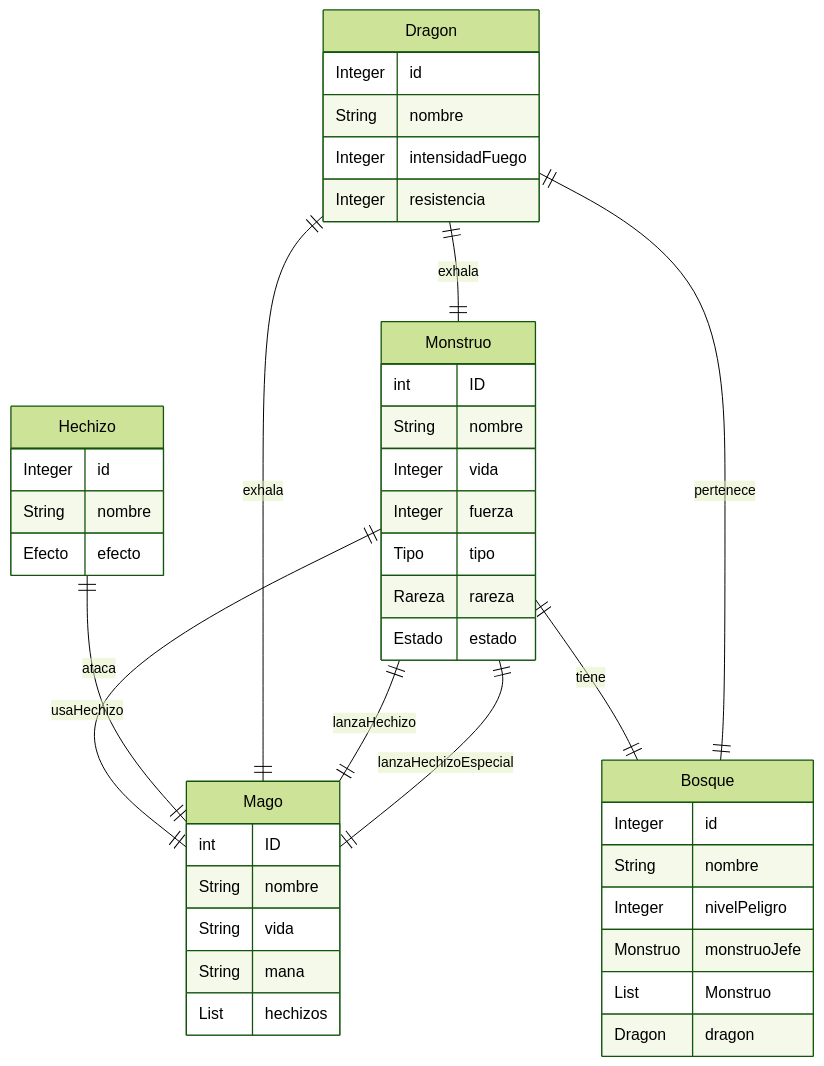
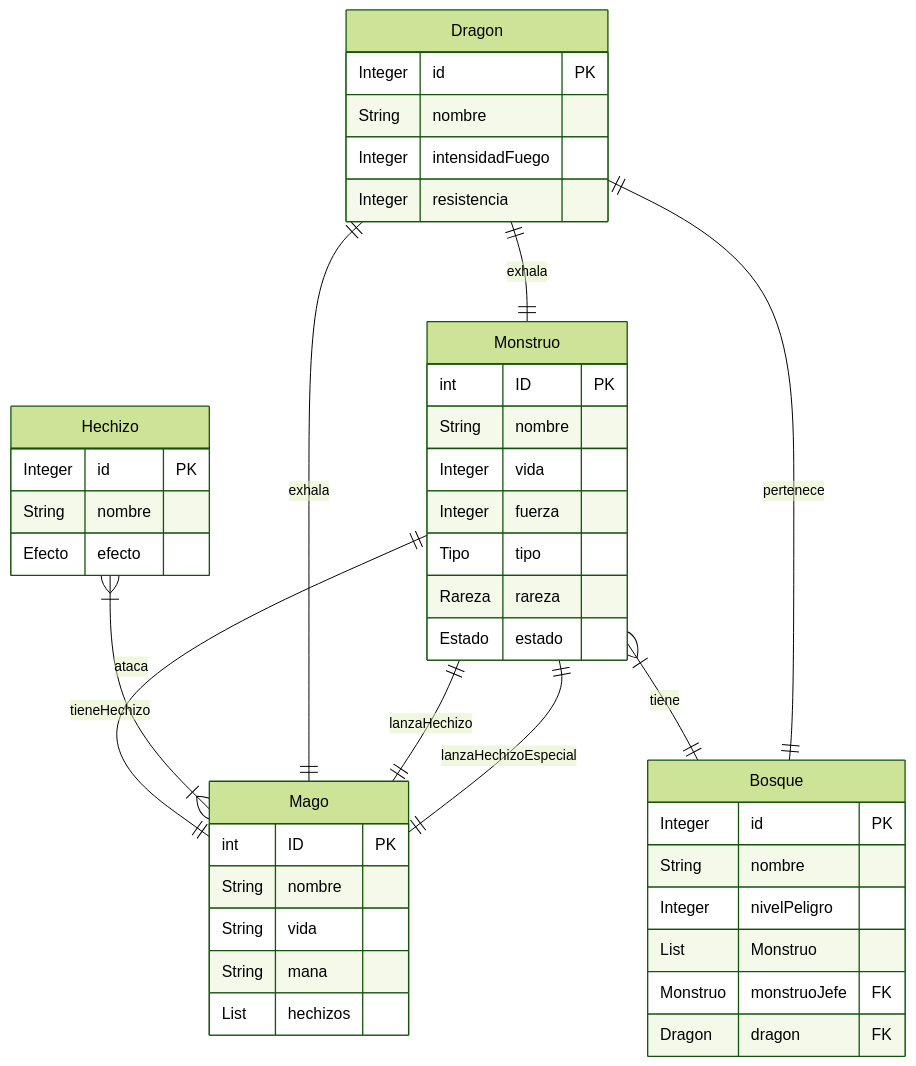
One commit to Manuel-SanClemente/Dragolandia---Extendido changed the second of 2 diagrams in README.md. Above: the diagram before and after it, drawn with Mermaid (forest theme). The commit also changed other lines of this file, not shown here.

````diff
--- a/README.md
+++ b/README.md
@@ -132,52 +134,52 @@
 ```mermaid
 erDiagram
-    Monstruo ||--|| Bosque : tiene
+    Monstruo }|--|| Bosque : tiene
     Mago ||--|| Monstruo : lanzaHechizo
     Mago ||--|| Monstruo : lanzaHechizoEspecial
     Monstruo ||--|| Mago : ataca
-    Hechizo ||--|| Mago : usaHechizo
+    Hechizo }|--|{ Mago : tieneHechizo
     Dragon ||--|| Mago: exhala
     Dragon ||--|| Monstruo: exhala
     Dragon ||--|| Bosque: pertenece
   
 
     Mago {
-        int ID
+        int ID PK
         String nombre
         String vida
         String mana
         List hechizos
     }
 
     Hechizo {
-        Integer id
+        Integer id PK
         String nombre
         Efecto efecto
     }
 
     Monstruo {
-        int ID
+        int ID PK
         String nombre
         Integer vida
         Integer fuerza
         Tipo tipo
         Rareza rareza
         Estado estado
     }
 
     Dragon {
-        Integer id
+        Integer id PK
         String nombre
         Integer intensidadFuego
         Integer resistencia
     }
 
     Bosque {
-        Integer id
+        Integer id PK
         String nombre
         Integer nivelPeligro
-        Monstruo monstruoJefe
         List Monstruo
-        Dragon dragon
+        Monstruo monstruoJefe FK
+        Dragon dragon FK
     }
 ```
````
